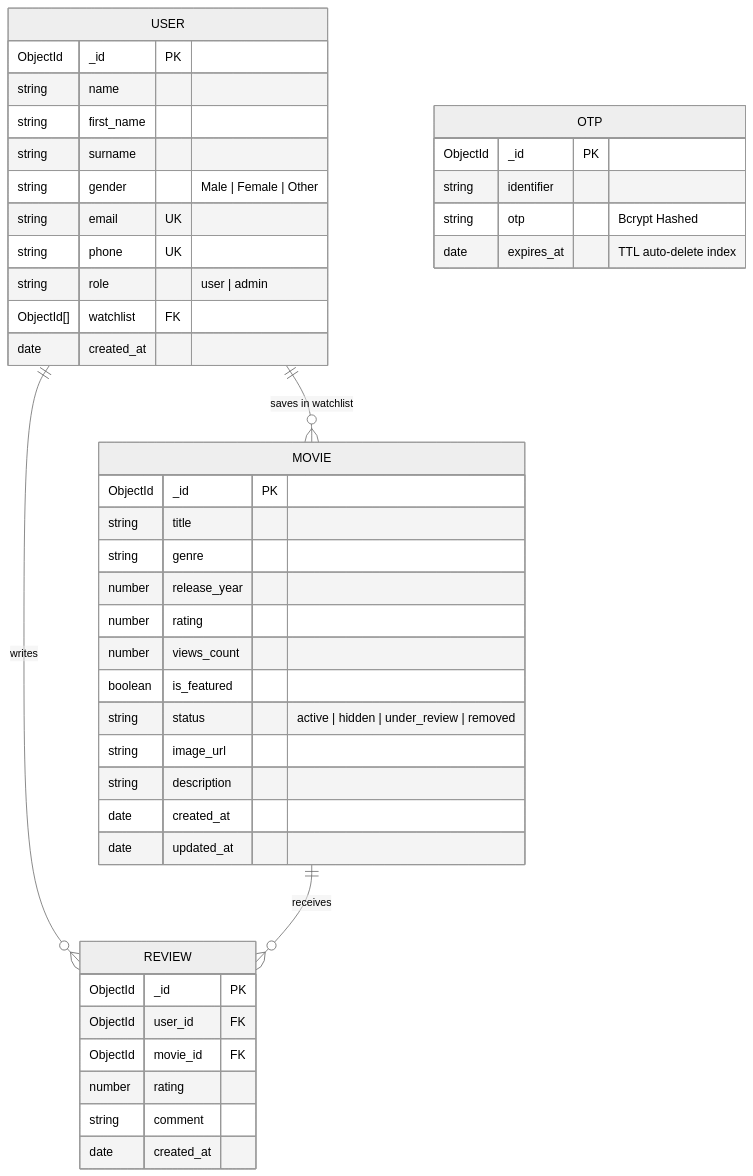
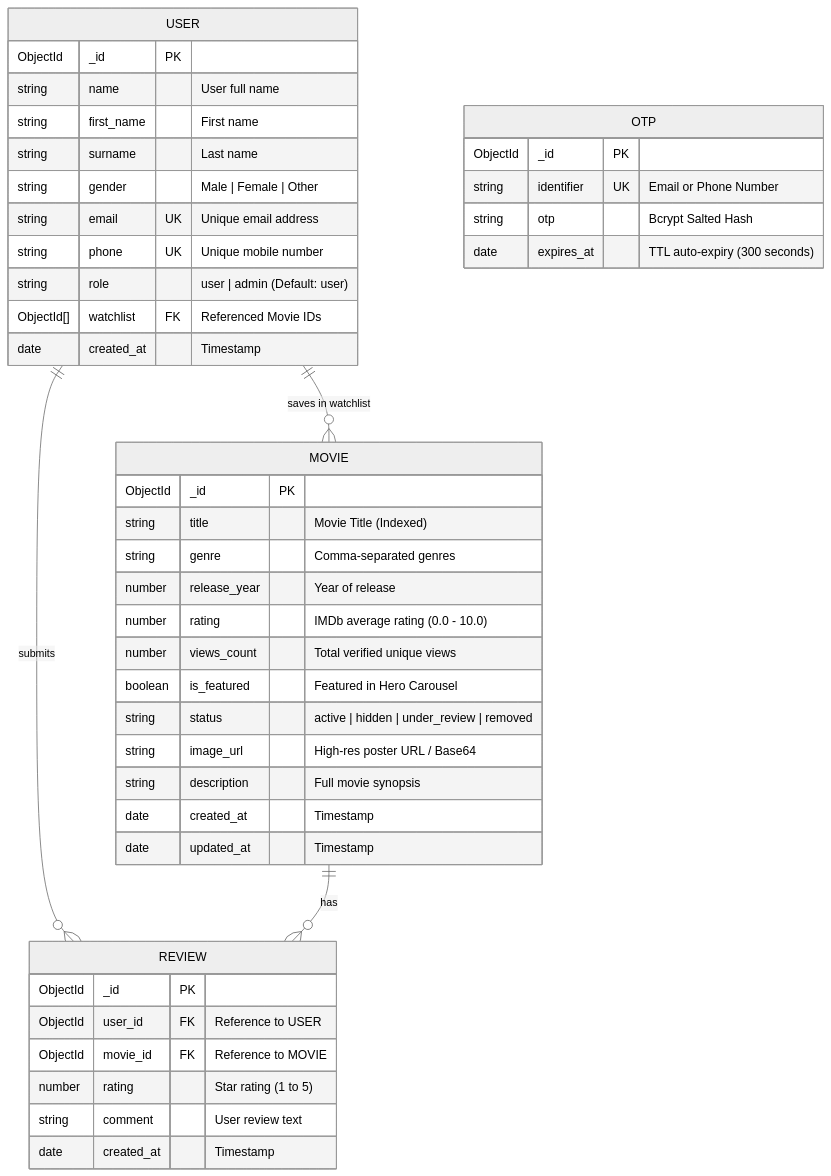
Before and after one commit to Ishit02422/Movie-Catalog-CineVerse-: the diagram in CineVerse_Project_Documentation.md, drawn with Mermaid (neutral theme). The commit also changed other lines of this file, not shown here.

Commit message:
docs: complete comprehensive technical documentation with system architecture, ER diagrams, FR, NFR, and API reference

````diff
--- a/CineVerse_Project_Documentation.md
+++ b/CineVerse_Project_Documentation.md
@@ -130,50 +149,50 @@
 ```mermaid
 erDiagram
-    USER ||--o{ REVIEW : "writes"
+    USER ||--o{ REVIEW : "submits"
     USER ||--o{ MOVIE : "saves in watchlist"
-    MOVIE ||--o{ REVIEW : "receives"
+    MOVIE ||--o{ REVIEW : "has"
 
     USER {
         ObjectId _id PK
-        string name
-        string first_name
-        string surname
+        string name "User full name"
+        string first_name "First name"
+        string surname "Last name"
         string gender "Male | Female | Other"
-        string email UK
-        string phone UK
-        string role "user | admin"
-        ObjectId[] watchlist FK
-        date created_at
+        string email UK "Unique email address"
+        string phone UK "Unique mobile number"
+        string role "user | admin (Default: user)"
+        ObjectId[] watchlist FK "Referenced Movie IDs"
+        date created_at "Timestamp"
     }
 
     MOVIE {
         ObjectId _id PK
-        string title
-        string genre
-        number release_year
-        number rating
-        number views_count
-        boolean is_featured
+        string title "Movie Title (Indexed)"
+        string genre "Comma-separated genres"
+        number release_year "Year of release"
+        number rating "IMDb average rating (0.0 - 10.0)"
+        number views_count "Total verified unique views"
+        boolean is_featured "Featured in Hero Carousel"
         string status "active | hidden | under_review | removed"
-        string image_url
-        string description
-        date created_at
-        date updated_at
+        string image_url "High-res poster URL / Base64"
+        string description "Full movie synopsis"
+        date created_at "Timestamp"
+        date updated_at "Timestamp"
     }
 
     OTP {
         ObjectId _id PK
-        string identifier
-        string otp "Bcrypt Hashed"
-        date expires_at "TTL auto-delete index"
+        string identifier UK "Email or Phone Number"
+        string otp "Bcrypt Salted Hash"
+        date expires_at "TTL auto-expiry (300 seconds)"
     }
 
     REVIEW {
         ObjectId _id PK
-        ObjectId user_id FK
-        ObjectId movie_id FK
-        number rating
-        string comment
-        date created_at
+        ObjectId user_id FK "Reference to USER"
+        ObjectId movie_id FK "Reference to MOVIE"
+        number rating "Star rating (1 to 5)"
+        string comment "User review text"
+        date created_at "Timestamp"
     }
 ```
````
